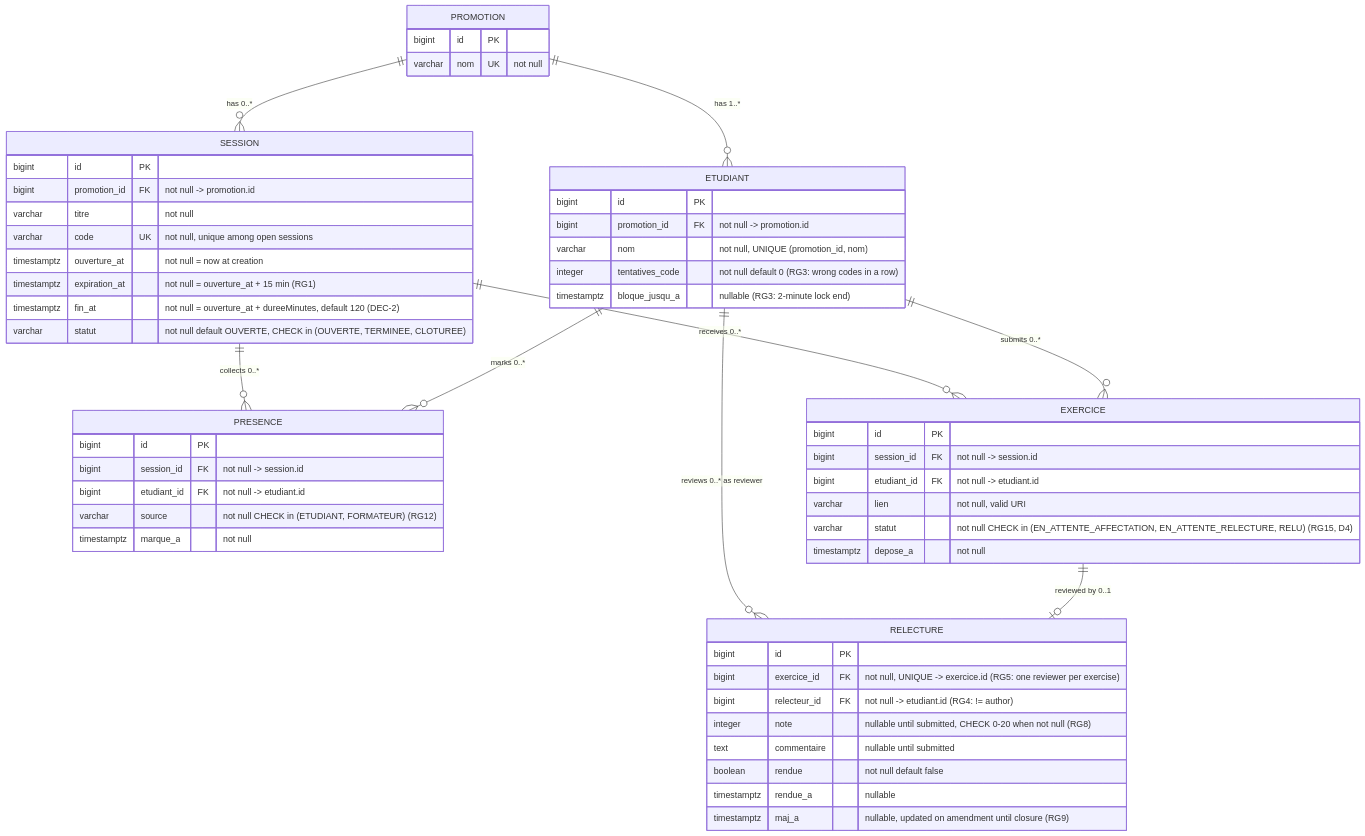
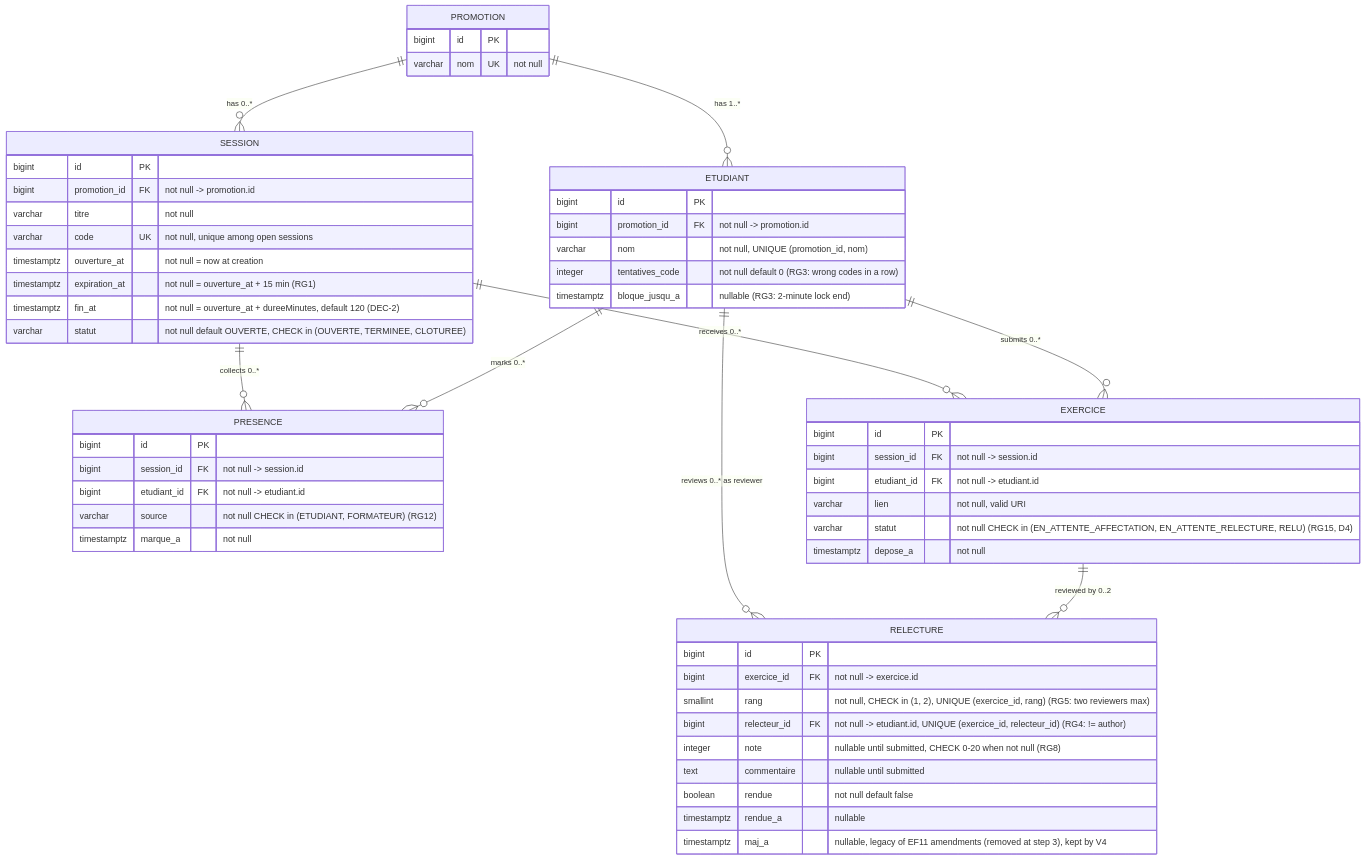
The diagram in docs/diagrammes/D2-data-model.md (ulruchdev/-kfokam48-epreuve-259), drawn with Mermaid before and after one commit. The commit also changed other lines of this file and 4 other files, not shown here.

First line of the commit message:
docs(analysis): consequence of the step-3 change of need — two reviewers per exercise

````diff
--- a/docs/diagrammes/D2-data-model.md
+++ b/docs/diagrammes/D2-data-model.md
@@ -6,58 +6,59 @@
 ```mermaid
 erDiagram
     PROMOTION ||--o{ ETUDIANT : "has 1..*"
     PROMOTION ||--o{ SESSION : "has 0..*"
     ETUDIANT ||--o{ PRESENCE : "marks 0..*"
     SESSION ||--o{ PRESENCE : "collects 0..*"
     ETUDIANT ||--o{ EXERCICE : "submits 0..*"
     SESSION ||--o{ EXERCICE : "receives 0..*"
-    EXERCICE ||--o| RELECTURE : "reviewed by 0..1"
+    EXERCICE ||--o{ RELECTURE : "reviewed by 0..2"
     ETUDIANT ||--o{ RELECTURE : "reviews 0..* as reviewer"
 
     PROMOTION {
         bigint id PK
         varchar nom UK "not null"
     }
     ETUDIANT {
         bigint id PK
         bigint promotion_id FK "not null -> promotion.id"
         varchar nom "not null, UNIQUE (promotion_id, nom)"
         integer tentatives_code "not null default 0 (RG3: wrong codes in a row)"
         timestamptz bloque_jusqu_a "nullable (RG3: 2-minute lock end)"
     }
     SESSION {
         bigint id PK
         bigint promotion_id FK "not null -> promotion.id"
         varchar titre "not null"
         varchar code UK "not null, unique among open sessions"
         timestamptz ouverture_at "not null = now at creation"
         timestamptz expiration_at "not null = ouverture_at + 15 min (RG1)"
         timestamptz fin_at "not null = ouverture_at + dureeMinutes, default 120 (DEC-2)"
         varchar statut "not null default OUVERTE, CHECK in (OUVERTE, TERMINEE, CLOTUREE)"
     }
     PRESENCE {
         bigint id PK
         bigint session_id FK "not null -> session.id"
         bigint etudiant_id FK "not null -> etudiant.id"
         varchar source "not null CHECK in (ETUDIANT, FORMATEUR) (RG12)"
         timestamptz marque_a "not null"
     }
     EXERCICE {
         bigint id PK
         bigint session_id FK "not null -> session.id"
         bigint etudiant_id FK "not null -> etudiant.id"
         varchar lien "not null, valid URI"
         varchar statut "not null CHECK in (EN_ATTENTE_AFFECTATION, EN_ATTENTE_RELECTURE, RELU) (RG15, D4)"
         timestamptz depose_a "not null"
     }
     RELECTURE {
         bigint id PK
-        bigint exercice_id FK "not null, UNIQUE -> exercice.id (RG5: one reviewer per exercise)"
-        bigint relecteur_id FK "not null -> etudiant.id (RG4: != author)"
+        bigint exercice_id FK "not null -> exercice.id"
+        smallint rang "not null, CHECK in (1, 2), UNIQUE (exercice_id, rang) (RG5: two reviewers max)"
+        bigint relecteur_id FK "not null -> etudiant.id, UNIQUE (exercice_id, relecteur_id) (RG4: != author)"
         integer note "nullable until submitted, CHECK 0-20 when not null (RG8)"
         text commentaire "nullable until submitted"
         boolean rendue "not null default false"
         timestamptz rendue_a "nullable"
-        timestamptz maj_a "nullable, updated on amendment until closure (RG9)"
+        timestamptz maj_a "nullable, legacy of EF11 amendments (removed at step 3), kept by V4"
     }
 ```
````
